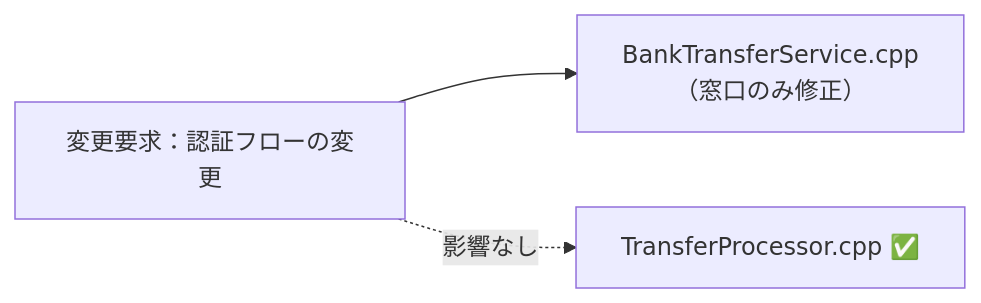
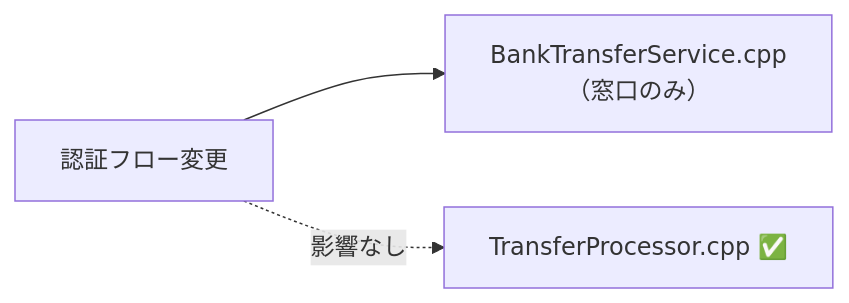
The ninth of 11 diagrams in kindle/design-patterns/output/chapter02.md (kumachan1101-pixel/DesignPattern), drawn with Mermaid before and after one commit. The commit also changed other lines of this file and 12 other files, not shown here.

````diff
--- a/kindle/design-patterns/output/chapter02.md
+++ b/kindle/design-patterns/output/chapter02.md
@@ -1212,6 +1225,6 @@
 ```mermaid
 graph LR
-    T1["変更要求：認証フローの変更"] --> F1["BankTransferService.cpp<br>（窓口のみ修正）"]
+    T1["認証フロー変更"] --> F1["BankTransferService.cpp<br>（窓口のみ）"]
     T1 -. "影響なし" .-> A["TransferProcessor.cpp ✅"]
 
 ```
````
